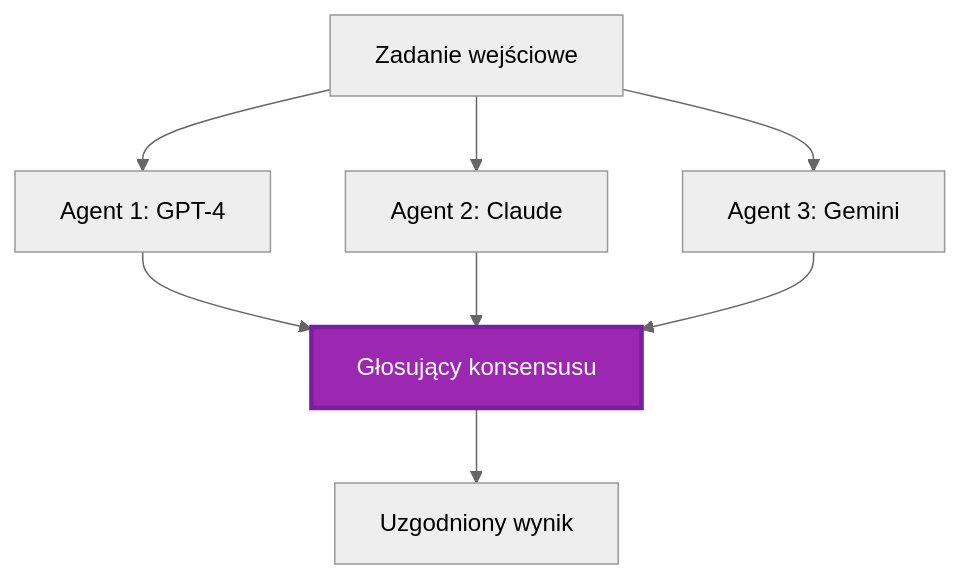
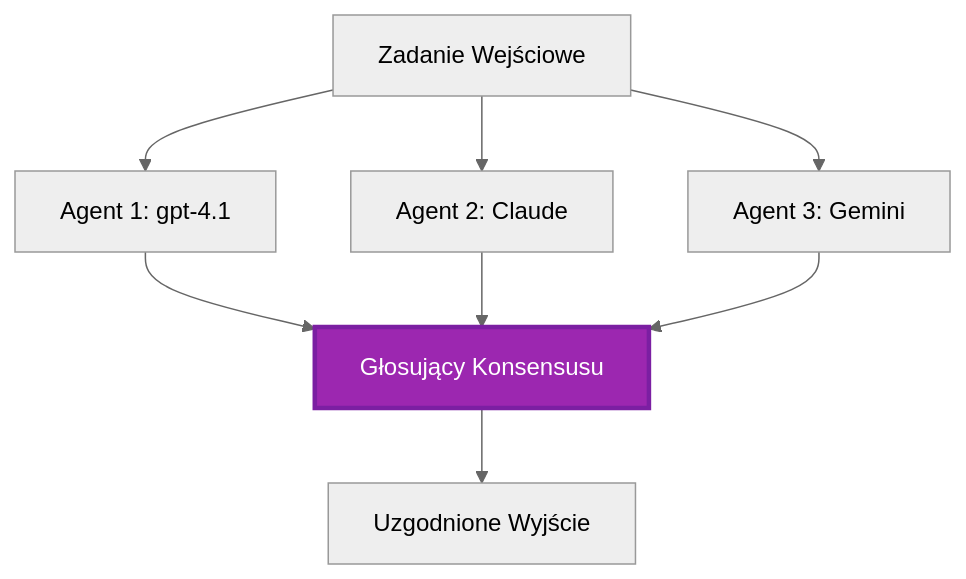
One commit to microsoft/AZD-for-beginners changed the fifth of 6 diagrams in translations/pl/docs/chapter-06-pre-deployment/coordination-patterns.md. Above: the diagram before and after it, drawn with Mermaid (neutral theme). The commit also changed other lines of this file and 101 other files, not shown here.

````diff
--- a/translations/pl/docs/chapter-06-pre-deployment/coordination-patterns.md
+++ b/translations/pl/docs/chapter-06-pre-deployment/coordination-patterns.md
@@ -231,19 +225,19 @@
 ```mermaid
 graph TB
-    Input[Zadanie wejściowe]
-    Agent1[Agent 1: GPT-4]
+    Input[Zadanie Wejściowe]
+    Agent1[Agent 1: gpt-4.1]
     Agent2[Agent 2: Claude]
     Agent3[Agent 3: Gemini]
-    Voter[Głosujący konsensusu]
-    Output[Uzgodniony wynik]
+    Voter[Głosujący Konsensusu]
+    Output[Uzgodnione Wyjście]
     
     Input --> Agent1
     Input --> Agent2
     Input --> Agent3
     Agent1 --> Voter
     Agent2 --> Voter
     Agent3 --> Voter
     Voter --> Output
     
     style Voter fill:#9C27B0,stroke:#7B1FA2,stroke-width:3px,color:#fff
 ```
````
